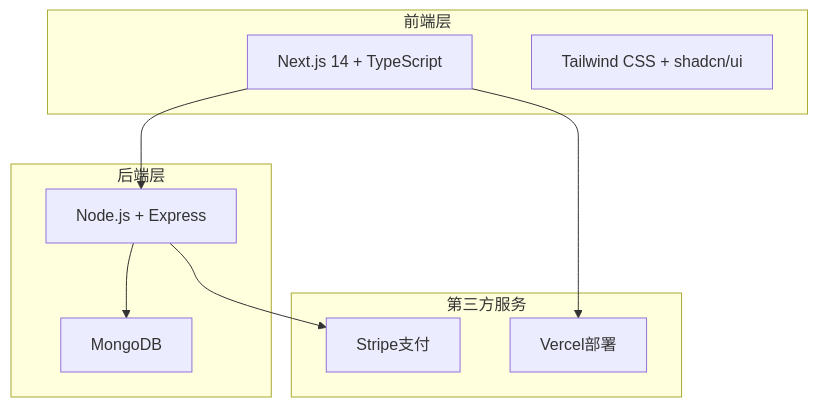
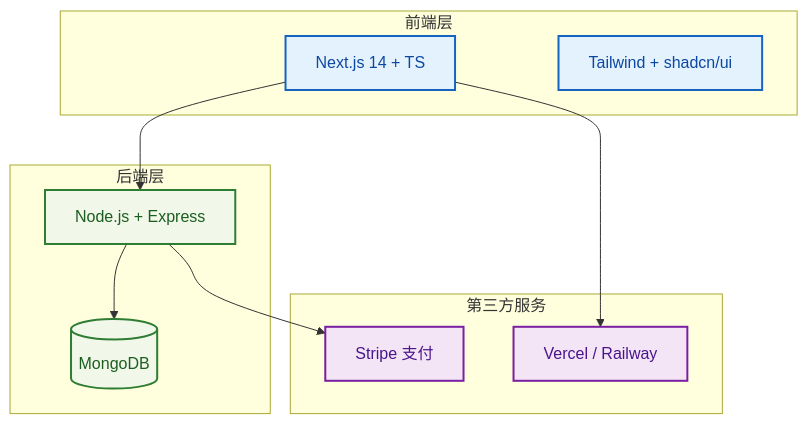
One commit to microwind/ai-skills changed the first of 13 diagrams in docs/claude/ClaudeCode实战指南.md. Above: the diagram before and after it, drawn with Mermaid. The commit also changed other lines of this file and 32 other files, not shown here.

````diff
--- a/docs/claude/ClaudeCode实战指南.md
+++ b/docs/claude/ClaudeCode实战指南.md
@@ -36,19 +34,26 @@
 ```mermaid
 graph TB
-    subgraph "前端层"
-        A[Next.js 14 + TypeScript]
-        B[Tailwind CSS + shadcn/ui]
+    subgraph Frontend ["前端层"]
+        A[Next.js 14 + TS]
+        B[Tailwind + shadcn/ui]
     end
-    subgraph "后端层"
+    subgraph Backend ["后端层"]
         C[Node.js + Express]
-        D[MongoDB]
+        D[(MongoDB)]
     end
-    subgraph "第三方服务"
-        E[Stripe支付]
-        F[Vercel部署]
+    subgraph ThirdParty ["第三方服务"]
+        E[Stripe 支付]
+        F[Vercel / Railway]
     end
     A --> C
     C --> D
     C --> E
     A --> F
+
+    classDef fe fill:#e3f2fd,stroke:#1565c0,stroke-width:2px,color:#0d47a1;
+    classDef be fill:#f1f8e9,stroke:#2e7d32,stroke-width:2px,color:#1b5e20;
+    classDef tp fill:#f3e5f5,stroke:#7b1fa2,stroke-width:2px,color:#4a148c;
+    class A,B fe;
+    class C,D be;
+    class E,F tp;
 ```
````
